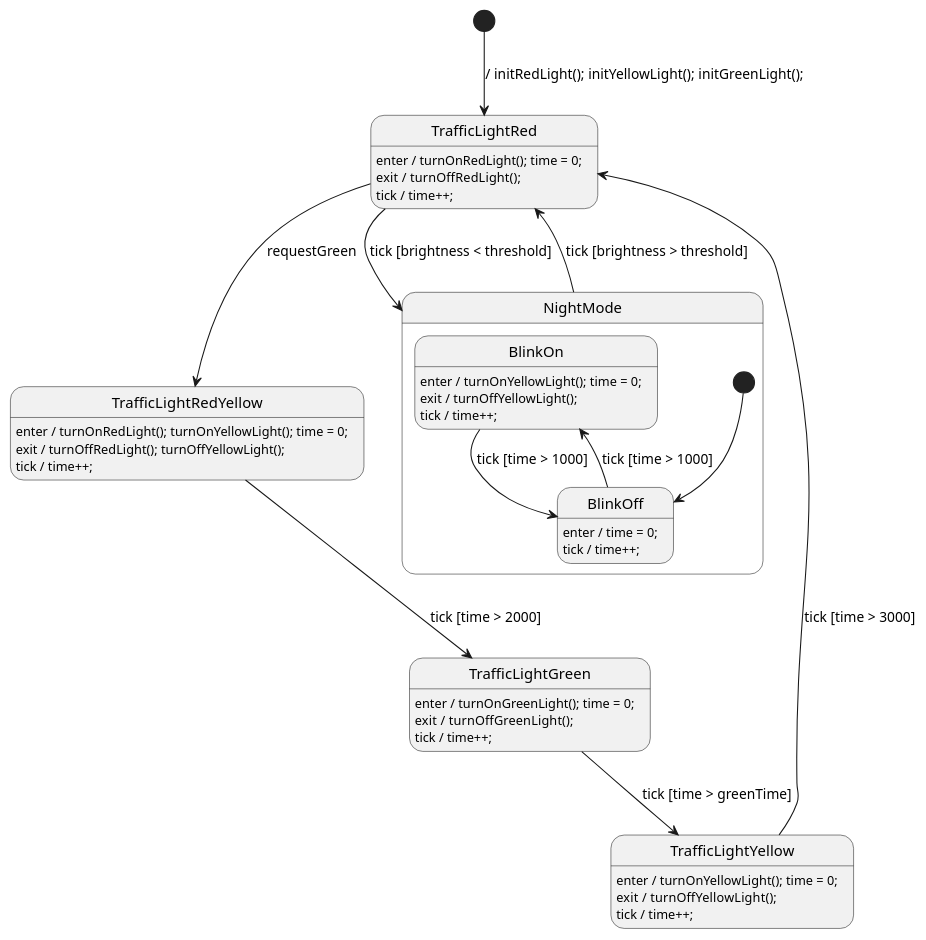
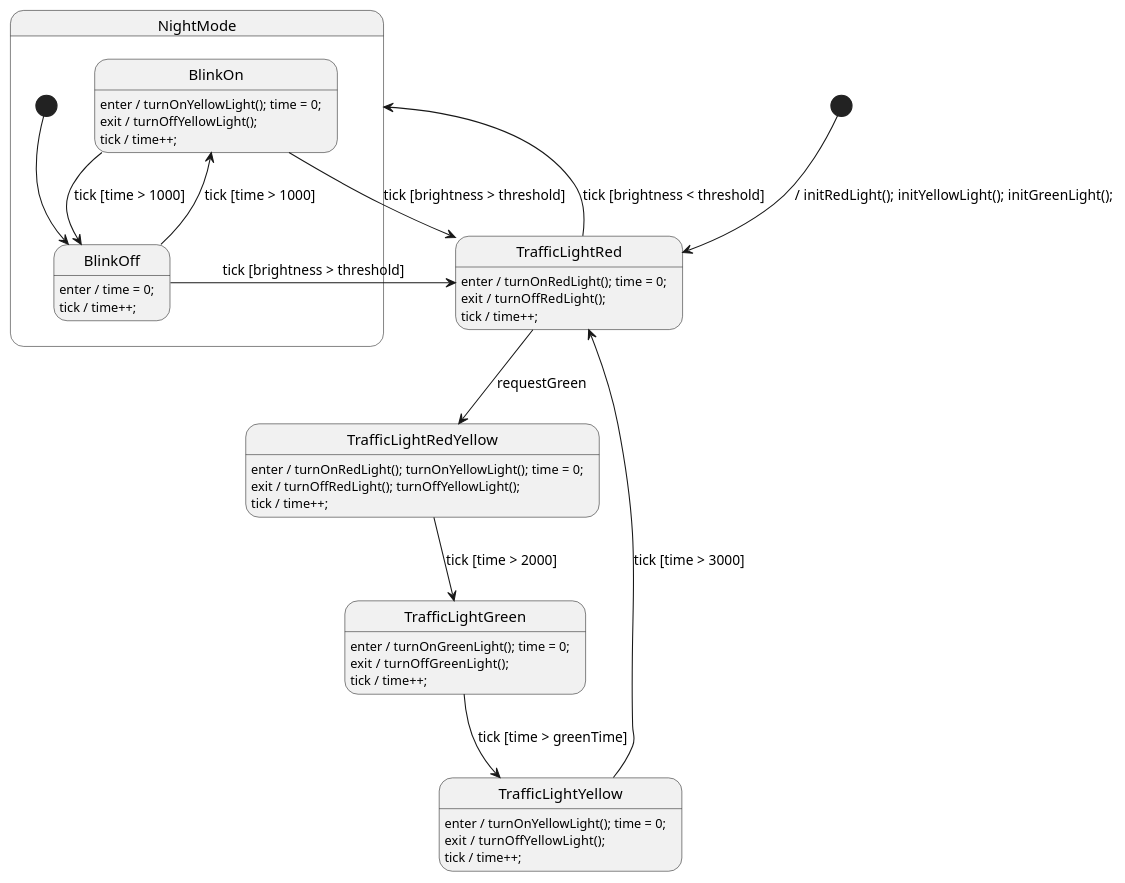
One commit to valentin-haub/esp32-traffic-light-management-system changed the diagram in State_machine/TrafficLight.plantuml. Above: the diagram before and after it, drawn with PlantUML.

Commit message:
StateMachine Fehler behoben (Ampel ist nicht mehr aus dem NightMode gewehcselt): Zustandsübergang des Night Mode in den normalen Betrieb jetzt in den inneren Zuständen implementiert.

```diff
--- a/State_machine/TrafficLight.plantuml
+++ b/State_machine/TrafficLight.plantuml
@@ -1,94 +1,94 @@
 @startuml TrafficLight
 
 ' //////////////////////// STATE ORGANIZATION ///////////////////////
 ' Note: StateSmith treats state names and events as case insensitive.
 ' More info: https://github.com/StateSmith/StateSmith/wiki/PlantUML
 
 state TrafficLightRed
 state TrafficLightRedYellow
 state TrafficLightGreen
 state TrafficLightYellow
 
 state NightMode {
     state BlinkOn
     state BlinkOff
 
     [*] --> BlinkOff
 
     ' BlinkOff
     BlinkOff: enter / time = 0;
     BlinkOff: tick / time++;
     BlinkOff --> BlinkOn : tick [time > 1000]
+    BlinkOff --> TrafficLightRed : tick [brightness > threshold]
 
     ' BlinkOn
     BlinkOn: enter / turnOnYellowLight(); time = 0;
     BlinkOn: exit / turnOffYellowLight();
     BlinkOn: tick / time++;
     BlinkOn --> BlinkOff : tick [time > 1000]
+    BlinkOn --> TrafficLightRed : tick [brightness > threshold]
 }
 
 
 ' ///////////////////////// STATE HANDLERS /////////////////////////
 ' Syntax: https://github.com/StateSmith/StateSmith/wiki/Behaviors
 
 [*] --> TrafficLightRed : / initRedLight(); initYellowLight(); initGreenLight();
 
 ' TrafficLightRed
 TrafficLightRed: enter / turnOnRedLight(); time = 0;
 TrafficLightRed: exit  / turnOffRedLight();
 TrafficLightRed: tick / time++;
 TrafficLightRed --> TrafficLightRedYellow : requestGreen
 TrafficLightRed --> NightMode : tick [brightness < threshold]
 
 ' TrafficLightRedYellow
 TrafficLightRedYellow: enter / turnOnRedLight(); turnOnYellowLight(); time = 0;
 TrafficLightRedYellow: exit / turnOffRedLight(); turnOffYellowLight();
 TrafficLightRedYellow: tick / time++;
 TrafficLightRedYellow --> TrafficLightGreen : tick [time > 2000]
 
 ' TrafficLightGreen
 TrafficLightGreen: enter / turnOnGreenLight(); time = 0;
 TrafficLightGreen: exit  / turnOffGreenLight();
 TrafficLightGreen: tick / time++;
 TrafficLightGreen --> TrafficLightYellow : tick [time > greenTime]
 
 ' TrafficLightYellow
 TrafficLightYellow: enter / turnOnYellowLight(); time = 0;
 TrafficLightYellow: exit  / turnOffYellowLight();
 TrafficLightYellow: tick / time++;
 TrafficLightYellow --> TrafficLightRed : tick [time > 3000]
 
-' NightMode
-NightMode --> TrafficLightRed : tick [brightness > threshold]
 
 
 ' //////////////////////// StateSmith config ////////////////////////
 ' The below special comment block sets the StateSmith configuration.
 ' More info: https://github.com/StateSmith/StateSmith/issues/335
 
 /'! $CONFIG : toml
 
 [RenderConfig]
 FileTop = """
     """
 AutoExpandedVars = """
     uint16_t time;
     uint16_t greenTime;
     uint16_t brightness;
     uint16_t threshold;
     """
 
 [RenderConfig.C]
 CFileExtension = ".cpp"
 HFileExtension = ".hpp"
 HFileIncludes = """
     #include <stdint.h> // for time var
     """
 CFileIncludes = """
     #include "driver.hpp"
     """
 
 [SmRunnerSettings]
 transpilerId = "C99"
 '/
 @enduml
```
